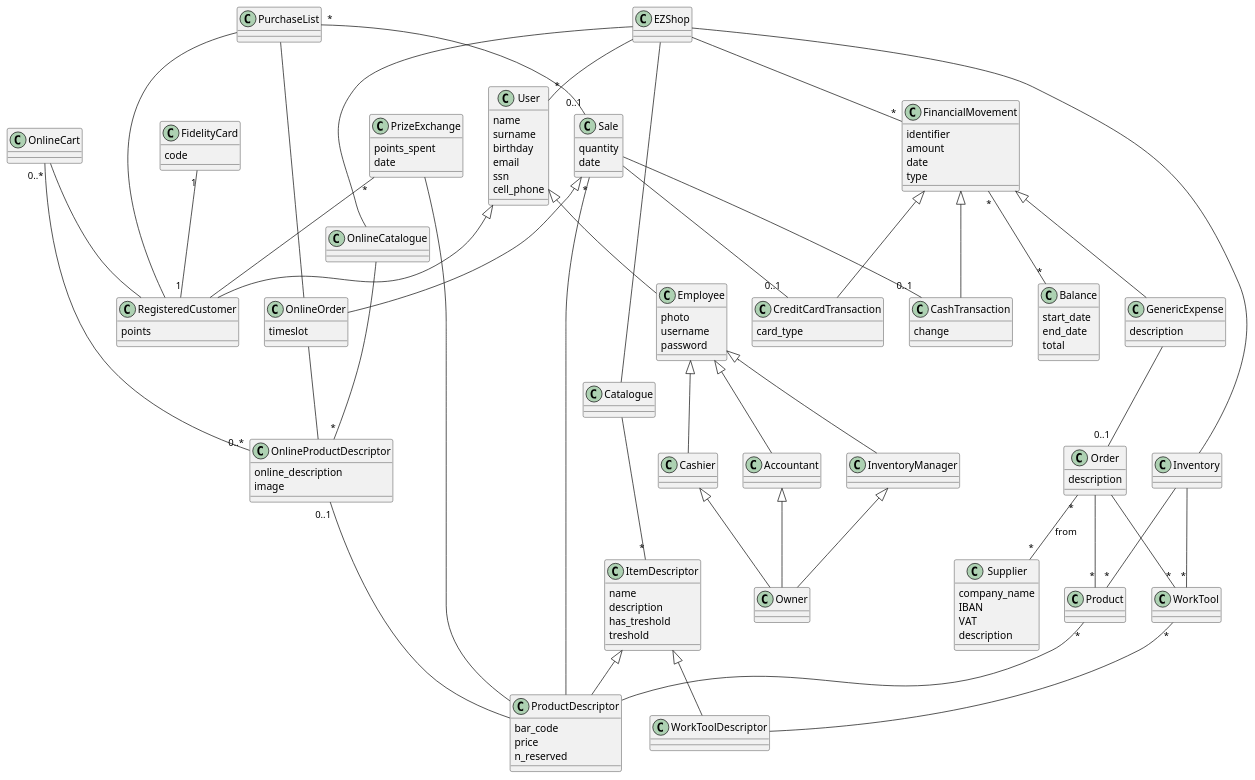
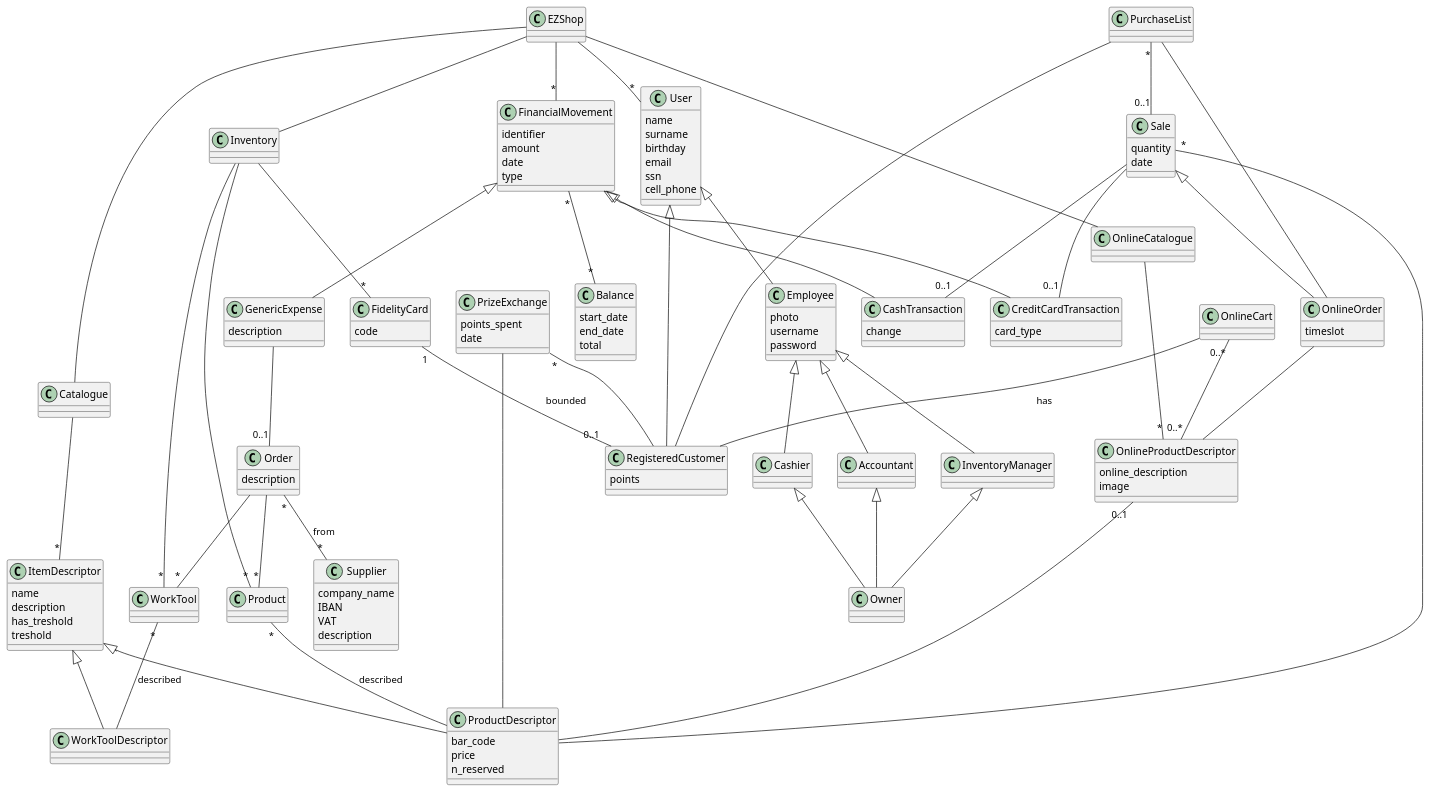
One commit to paolotron/EzshoProject31 changed the ninth of 9 diagrams in Deliverables/RequirementsDocument.md. Above: the diagram before and after it, drawn with PlantUML.

Commit message:
Update Glossary

```diff
--- a/Deliverables/RequirementsDocument.md
+++ b/Deliverables/RequirementsDocument.md
@@ -797,27 +797,28 @@
 InventoryManager <|-- Owner
 Accountant <|-- Owner
 
-FidelityCard "1" -- "1" RegisteredCustomer
+FidelityCard "1" -- "0..1" RegisteredCustomer : "bounded"
 
 ItemDescriptor <|-- ProductDescriptor
 ItemDescriptor <|-- WorkToolDescriptor
 
 Sale <|-- OnlineOrder 
 
-Product "*"-- ProductDescriptor
-WorkTool "*"-- WorkToolDescriptor
+Product "*"-- ProductDescriptor: "described"
+WorkTool "*"-- WorkToolDescriptor: "described"
 
 Catalogue -- "*"ItemDescriptor
 Inventory -- "*"Product
 Inventory -- "*"WorkTool
+Inventory -- "*"FidelityCard
 
 
 Order "*"-- "*"Supplier : "from"
 Order --"*"Product
 Order -- "*"WorkTool
 OnlineCatalogue --"*"OnlineProductDescriptor
-OnlineProductDescriptor"0..1" -- ProductDescriptor
-OnlineCart -- RegisteredCustomer
+OnlineProductDescriptor"0..1" -- ProductDescriptor 
+OnlineCart -- RegisteredCustomer: "has"
 OnlineCart"0..*" -- "0..*" OnlineProductDescriptor
 OnlineOrder -- OnlineProductDescriptor
 
```
